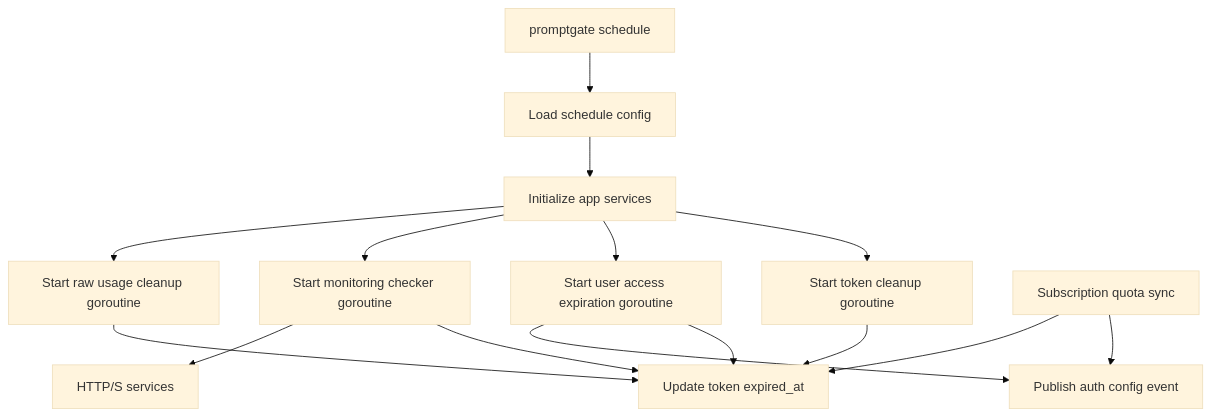
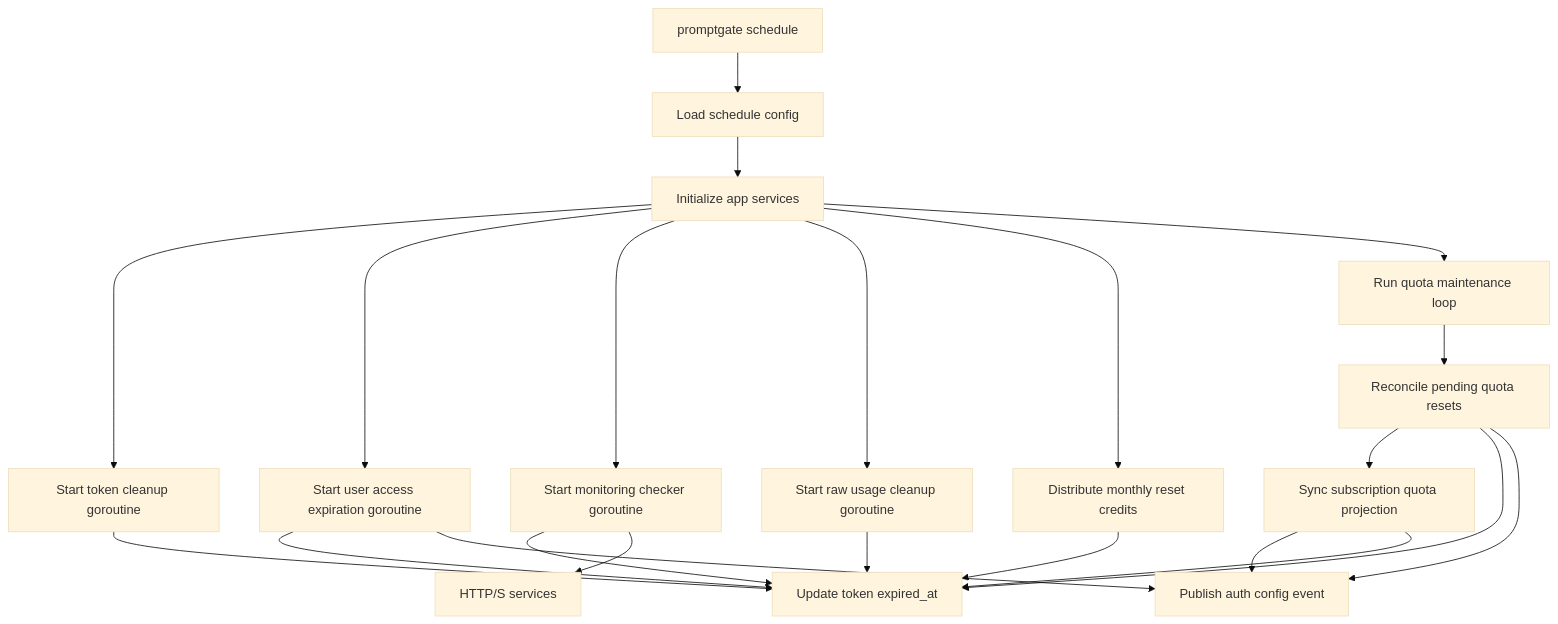
Before and after one commit to thomas-illiet/prompt-gate: the diagram in docs/scheduler.md, drawn with Mermaid (base theme). The commit also changed other lines of this file and 108 other files, not shown here.

First line of the commit message:
feat: add quota reset credits and admin workflows

````diff
--- a/docs/scheduler.md
+++ b/docs/scheduler.md
@@ -29,17 +35,24 @@
 ```mermaid
 flowchart TD
     Start["promptgate schedule"] --> Config["Load schedule config"]
     Config --> App["Initialize app services"]
     App --> TokenJob["Start token cleanup goroutine"]
     App --> AccessJob["Start user access expiration goroutine"]
     App --> MonitoringJob["Start monitoring checker goroutine"]
     App --> UsageCleanup["Start raw usage cleanup goroutine"]
+    App --> ResetDistribution["Distribute monthly reset credits"]
+    App --> QuotaMaintenance["Run quota maintenance loop"]
+    QuotaMaintenance --> ResetReconcile["Reconcile pending quota resets"]
+    ResetReconcile --> QuotaSync["Sync subscription quota projection"]
     TokenJob --> DB["Update token expired_at"]
     AccessJob --> DB
     AccessJob --> Redis["Publish auth config event"]
     MonitoringJob --> DB
     MonitoringJob --> HTTP["HTTP/S services"]
     UsageCleanup --> DB
-    QuotaSync["Subscription quota sync"] --> Redis
+    ResetDistribution --> DB
+    ResetReconcile --> DB
+    ResetReconcile --> Redis
+    QuotaSync --> Redis
     QuotaSync --> DB
 ```
````
